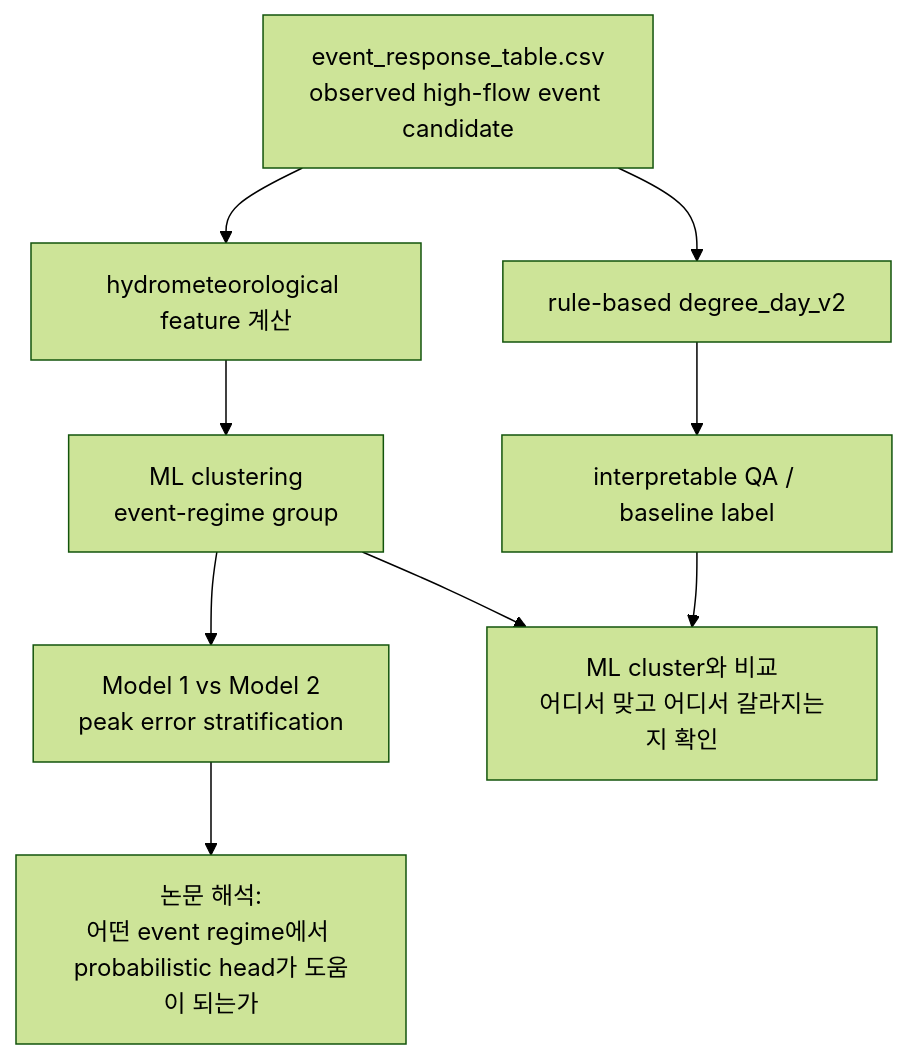
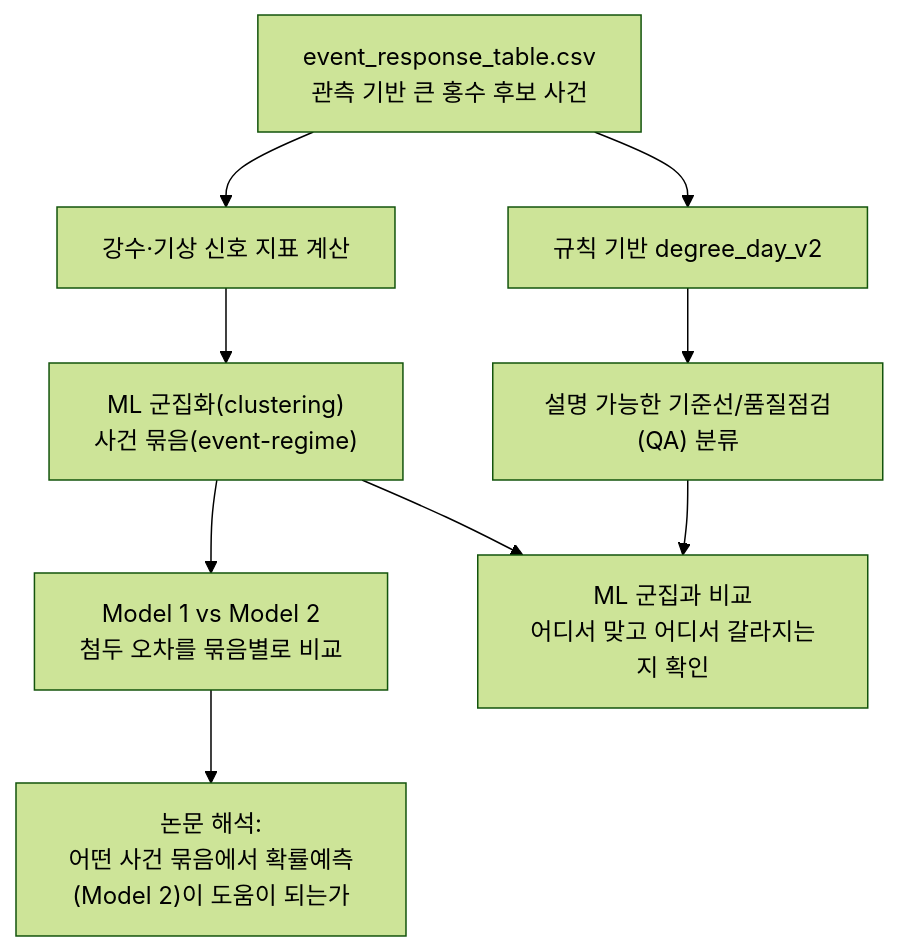
The first of 4 diagrams in docs/explain/07_ml_flood_generation_typing.md (mossyantler/flood-underestimation-lstm), drawn with Mermaid (forest theme) before and after one commit. The commit also changed other lines of this file and 13 other files, not shown here.

````diff
--- a/docs/explain/07_ml_flood_generation_typing.md
+++ b/docs/explain/07_ml_flood_generation_typing.md
@@ -19,13 +21,13 @@
 ```mermaid
 flowchart TD
-    A["event_response_table.csv<br/>observed high-flow event candidate"] --> B["hydrometeorological feature 계산"]
-    B --> C["ML clustering<br/>event-regime group"]
-    C --> D["Model 1 vs Model 2<br/>peak error stratification"]
+    A["event_response_table.csv<br/>관측 기반 큰 홍수 후보 사건"] --> B["강수·기상 신호 지표 계산"]
+    B --> C["ML 군집화(clustering)<br/>사건 묶음(event-regime)"]
+    C --> D["Model 1 vs Model 2<br/>첨두 오차를 묶음별로 비교"]
 
-    A --> E["rule-based degree_day_v2"]
-    E --> F["interpretable QA / baseline label"]
-    F --> G["ML cluster와 비교<br/>어디서 맞고 어디서 갈라지는지 확인"]
+    A --> E["규칙 기반 degree_day_v2"]
+    E --> F["설명 가능한 기준선/품질점검(QA) 분류"]
+    F --> G["ML 군집과 비교<br/>어디서 맞고 어디서 갈라지는지 확인"]
     C --> G
 
-    D --> H["논문 해석:<br/>어떤 event regime에서 probabilistic head가 도움이 되는가"]
+    D --> H["논문 해석:<br/>어떤 사건 묶음에서 확률예측(Model 2)이 도움이 되는가"]
 ```
````
